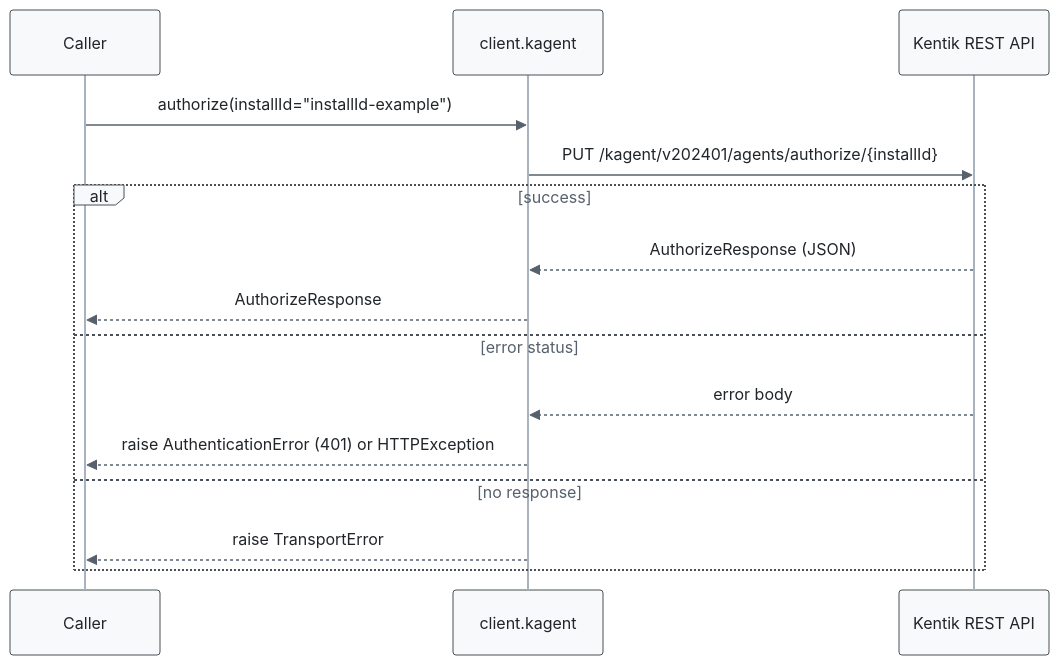
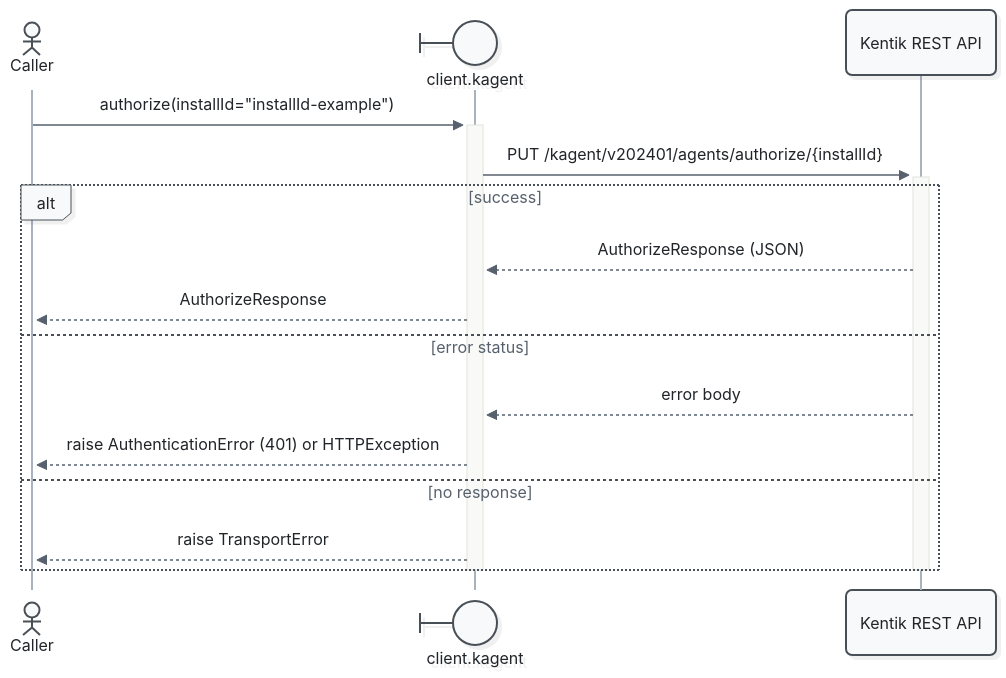
Before and after one commit to alexdearaujo/community_sdk_python: the fifth of 57 diagrams in docs/sphinx/services/kagent.md, drawn with Mermaid. The commit also changed other lines of this file and 52 other files, not shown here.

First line of the commit message:
docs: Mermaid 12 sequence diagrams with participant types and path colors

````diff
--- a/docs/sphinx/services/kagent.md
+++ b/docs/sphinx/services/kagent.md
@@ -193,19 +203,21 @@
 ```mermaid
-%%{init: {"theme": "base", "fontFamily": "ui-monospace, SFMono-Regular, Menlo, monospace", "themeVariables": {"fontFamily": "ui-monospace, SFMono-Regular, Menlo, monospace", "primaryColor": "#f8f9fa", "primaryBorderColor": "#495057", "primaryTextColor": "#212529", "textColor": "#212529", "lineColor": "#77818c", "edgeLabelBackground": "#ffffff", "actorBkg": "#f8f9fa", "actorBorder": "#495057", "actorTextColor": "#212529", "actorLineColor": "#a9b3be", "signalColor": "#57616d", "signalTextColor": "#212529", "labelBoxBkgColor": "#f8f9fa", "labelBoxBorderColor": "#495057", "labelTextColor": "#212529", "loopTextColor": "#57616d", "noteBkgColor": "#fff9db", "noteBorderColor": "#f08c00", "noteTextColor": "#a35a00"}, "flowchart": {"curve": "step", "nodeSpacing": 30, "rankSpacing": 70, "wrappingWidth": 400}}}%%
+%%{init: {"theme": "redux", "look": "neo", "layout": "dagre", "fontFamily": "ui-monospace, SFMono-Regular, Menlo, monospace", "themeVariables": {"fontFamily": "ui-monospace, SFMono-Regular, Menlo, monospace", "primaryColor": "#f8f9fa", "primaryBorderColor": "#495057", "primaryTextColor": "#212529", "textColor": "#212529", "lineColor": "#77818c", "edgeLabelBackground": "#ffffff", "actorBkg": "#f8f9fa", "actorBorder": "#495057", "actorTextColor": "#212529", "actorLineColor": "#a9b3be", "signalColor": "#57616d", "signalTextColor": "#212529", "labelBoxBkgColor": "#f8f9fa", "labelBoxBorderColor": "#495057", "labelTextColor": "#212529", "loopTextColor": "#57616d", "noteBkgColor": "#fff9db", "noteBorderColor": "#f08c00", "noteTextColor": "#a35a00"}, "sequence": {"activationWidth": 16}, "flowchart": {"curve": "step", "nodeSpacing": 30, "rankSpacing": 70, "wrappingWidth": 400}}}%%
 sequenceDiagram
-    participant C as Caller
-    participant W as client.kagent
+    actor C as Caller
+    participant W@{ "type": "boundary" } as client.kagent
     participant API as Kentik REST API
 
-    C->>W: authorize(installId="installId-example")
-    W->>API: PUT /kagent/v202401/agents/authorize/{installId}
+    C->>+W: authorize(installId="installId-example")
+    W->>+API: PUT /kagent/v202401/agents/authorize/{installId}
     alt success
         API-->>W: AuthorizeResponse (JSON)
         W-->>C: AuthorizeResponse
     else error status
         API-->>W: error body
         W-->>C: raise AuthenticationError (401) or HTTPException
     else no response
         W-->>C: raise TransportError
     end
+    deactivate API
+    deactivate W
 ```
````
